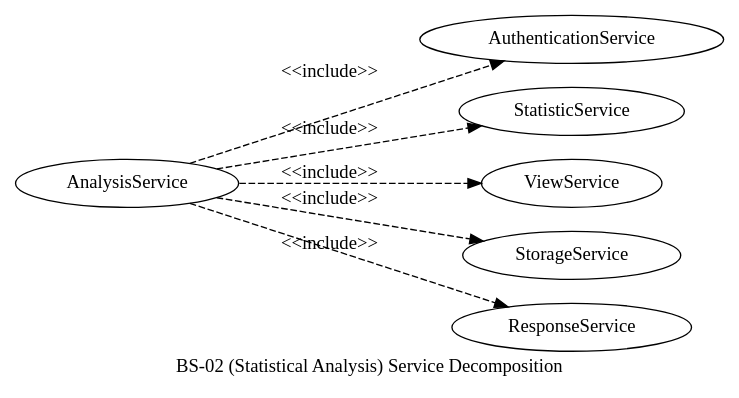
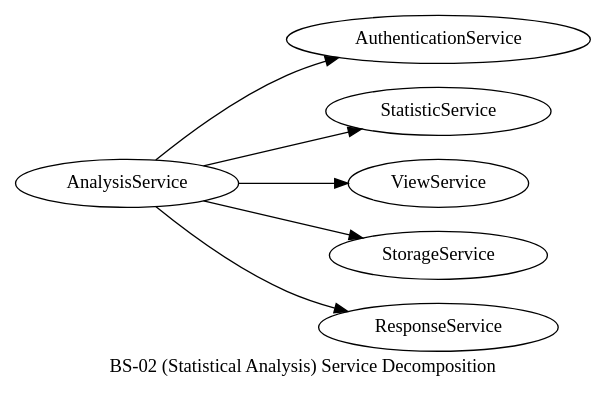
Before and after one commit to gebrek/sod-rev: the sixth of 9 diagrams in ass1-revisited.org, drawn with Graphviz. The commit also changed other lines of this file, not shown here.

Commit message:
moar diagrams

```diff
--- a/ass1-revisited.org
+++ b/ass1-revisited.org
@@ -311,17 +470,16 @@
     #+BEGIN_SRC dot :file res/bs_02_dcmp.png :tangle res/bs_02_dcmp.dot
       digraph BS2 {
-              label="BS-02 (Statistical Analysis) Service Decomposition";
-              rankdir=LR;
-	      splines=line;
+	      label="BS-02 (Statistical Analysis) Service Decomposition";
+	      rankdir=LR;
 	      AnalysisService;
 	      AuthenticationService;
 	      StatisticService;
 	      ViewService;
 	      StorageService;
 	      ResponseService;
 
-	      edge [style=dashed label="<<include>>"]
+	      // edge [style=dashed dir=back arrowtail=empty]
 	      AnalysisService->{AuthenticationService,StatisticService,
-	                        ViewService,StorageService,ResponseService}
+				ViewService,StorageService,ResponseService}
       }
     #+END_SRC
```
